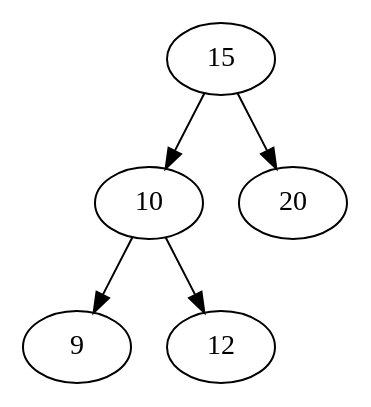
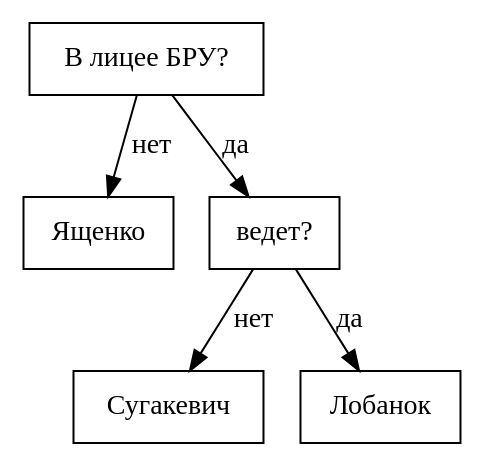
Before and after one commit to asbolt/tree: the diagram in dot.dot, drawn with Graphviz. The commit also changed 11 other files, not shown here.

```diff
--- a/dot.dot
+++ b/dot.dot
@@ -1,12 +1,12 @@
 digraph G{
 rankdir=HR;
-node0x603000000040 [label = "15", rang = 0]
-node0x603000000070 [label = "10", rang = 1]
-node0x603000000100 [label = "9", rang = 2]
-node0x6030000000d0 [label = "12", rang = 2]
-node0x6030000000a0 [label = "20", rang = 1]
-node0x603000000040 -> node0x603000000070
-node0x603000000040 -> node0x6030000000a0
-node0x603000000070 -> node0x603000000100
-node0x603000000070 -> node0x6030000000d0
+node0x55aeb8a8c2a0 [shape="rectangle", label = "В лицее БРУ?", rang = 0]
+node0x55aeb8a8d690 [shape="rectangle", label = "Ященко", rang = 1]
+node0x55aeb8a8d750 [shape="rectangle", label = "ведет?", rang = 1]
+node0x55aeb8a8d810 [shape="rectangle", label = "Сугакевич", rang = 2]
+node0x55aeb8a8d8d0 [shape="rectangle", label = "Лобанок", rang = 2]
+node0x55aeb8a8c2a0 -> node0x55aeb8a8d690 [label = "нет"]
+node0x55aeb8a8c2a0 -> node0x55aeb8a8d750 [label = "да"]
+node0x55aeb8a8d750 -> node0x55aeb8a8d810 [label = "нет"]
+node0x55aeb8a8d750 -> node0x55aeb8a8d8d0 [label = "да"]
 }
```
